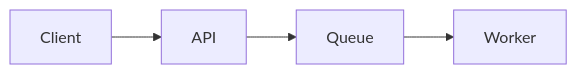
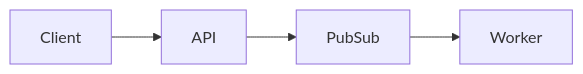
One commit to yk-dev-health/healthcare-data-pipeline changed the first of 2 diagrams in README.md. Above: the diagram before and after it, drawn with Mermaid. The commit also changed other lines of this file and 4 other files, not shown here.

`````diff
--- a/README.md
+++ b/README.md
@@ -22,6 +22,6 @@
 ```mermaid
 flowchart LR
     Client --> API
-    API --> Queue
-    Queue --> Worker
+    API --> PubSub
+    PubSub --> Worker
 ````
`````
